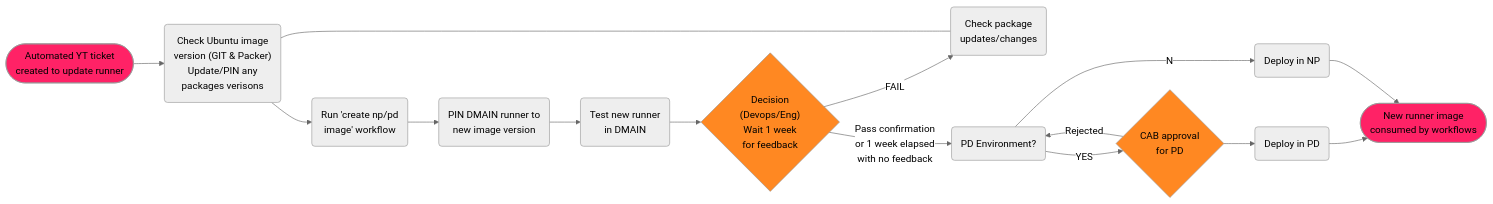
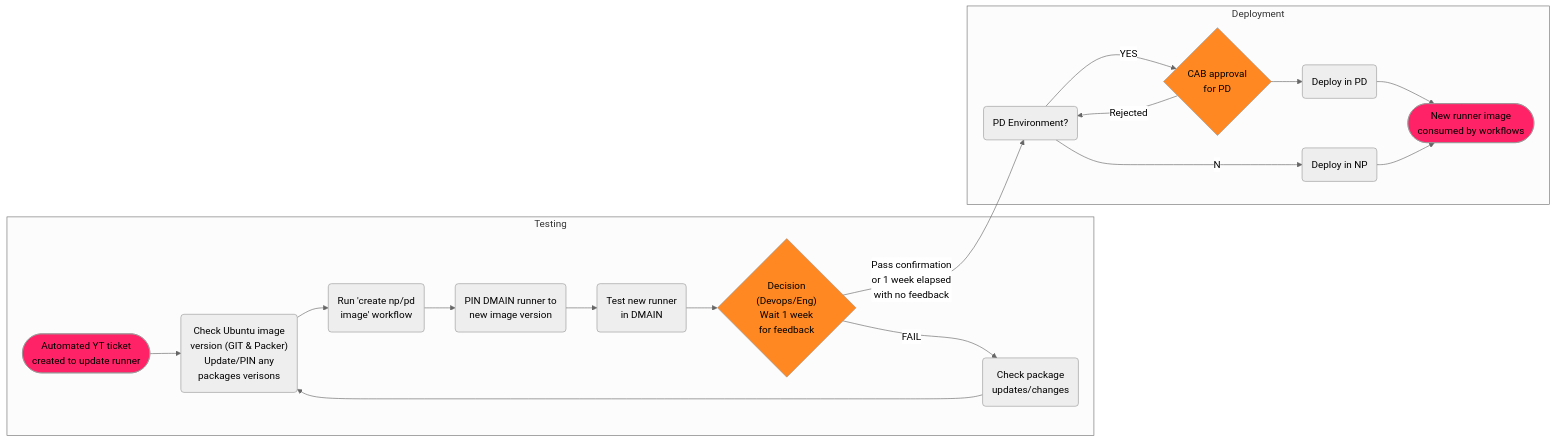
The diagram in memaid1.md (AlexBritton-CAL/markdown_testing), drawn with Mermaid (neutral theme) before and after one commit.

````diff
--- a/memaid1.md
+++ b/memaid1.md
@@ -1,37 +1,43 @@
 ```mermaid
+
 flowchart LR
     A([Automated YT ticket<br>created to update runner])
     A:::firstLast
     B("Check Ubuntu image <br> version (GIT & Packer) <br> Update/PIN any <br> packages verisons")
     C("Run 'create np/pd <br> image' workflow")
     D(PIN DMAIN runner to <br> new image version)
     E(Test new runner <br> in DMAIN)
     F{"Decision<Br>(Devops/Eng)<br>Wait 1 week<br>for feedback"}
     F:::choice
     G(Check package<br>updates/changes)
     H(PD Environment?)
     I(Deploy in NP)
     J{CAB approval <br> for PD}
     J:::choice
     K(Deploy in PD)
     End([New runner image <br> consumed by workflows])
     End:::firstLast
 
     classDef firstLast fill:#f26,color:black
     classDef choice fill:#f82,color:black
 
-    A --> B
-    B --> C
-    C --> D
-    D --> E
-    E --> F
-    F --FAIL--> G
-    G --- B
-    F --Pass confirmation <br> or 1 week elapsed <br> with no feedback--> H
-    H --No--> I
-    H --YES--> J
-    J --> K
-    J --Rejected--> H
-    K --> End
-    I --> End
+    subgraph Testing
+        A --> B
+        B --> C
+        C --> D
+        D --> E
+        E --> F
+        F --FAIL--> G
+        G ---> B
+    end
+    subgraph Deployment
+        H --No--> I
+        H --YES--> J
+        J --> K
+        J --Rejected--> H
+        K --> End
+        I --> End
+    end
+        F --Pass confirmation <br> or 1 week elapsed <br> with no feedback--> H
+
 ```
````
